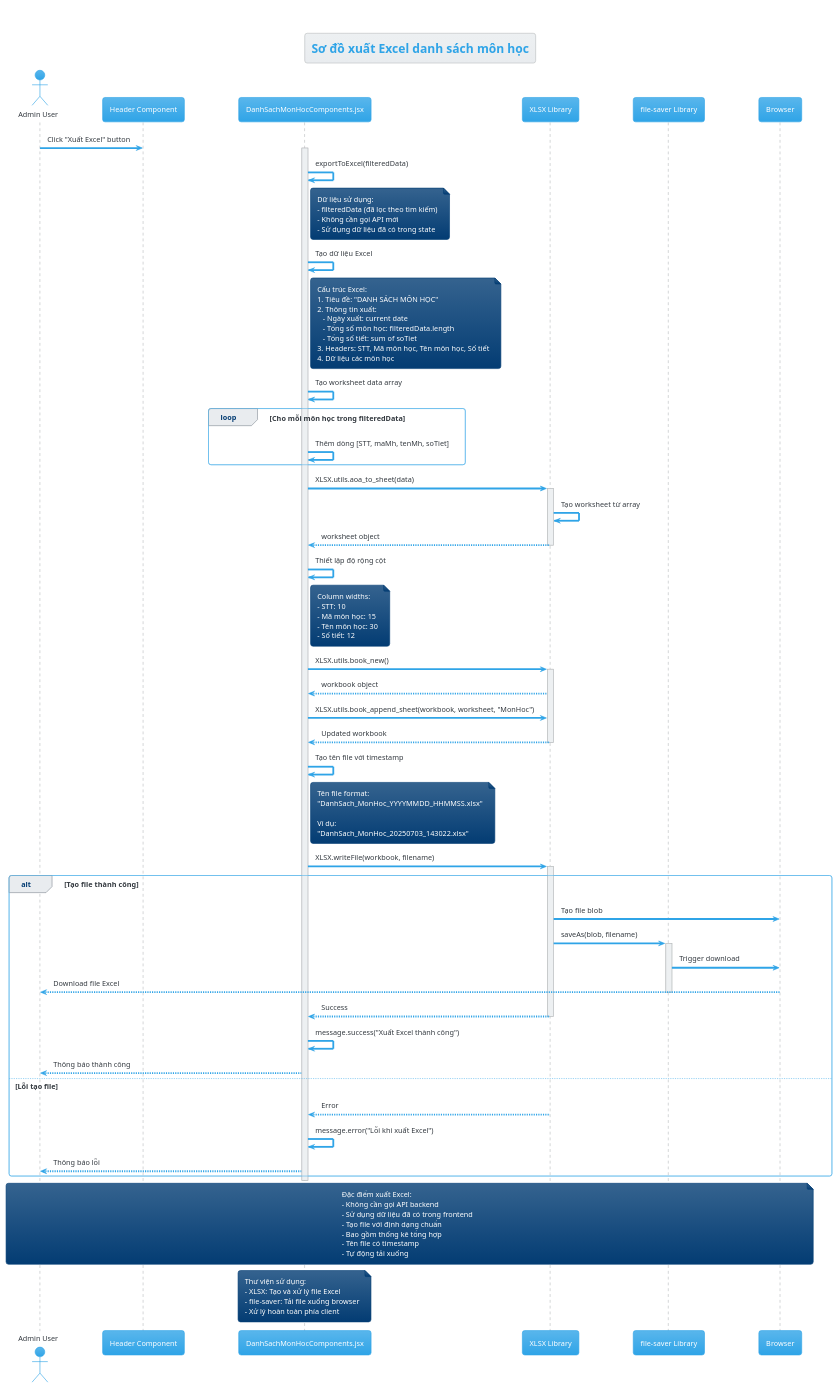
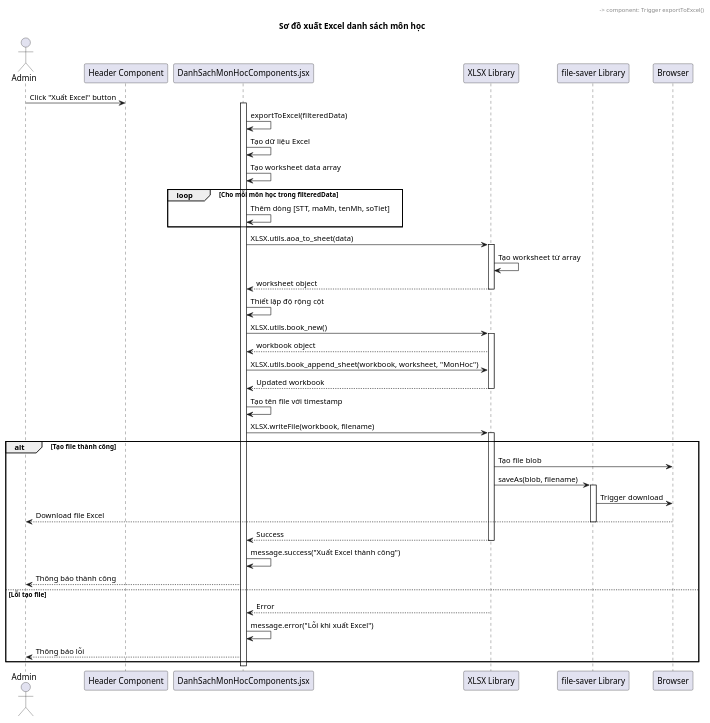
Before and after one commit to truong-backend/He-Thong-Diem-Danh-STU: the diagram in src/main/java/vn/diemdanh/hethong/UML/XuLy/QuanLyMonHoc/XuatExcel.puml, drawn with PlantUML. The commit also changed 24 other files, not shown here.

Commit message:
fix điểm danh nhiểu lần r

```diff
--- a/src/main/java/vn/diemdanh/hethong/UML/XuLy/QuanLyMonHoc/XuatExcel.puml
+++ b/src/main/java/vn/diemdanh/hethong/UML/XuLy/QuanLyMonHoc/XuatExcel.puml
@@ -1,122 +1,114 @@
 @startuml
-!theme cerulean
+'!theme cerulean
 title Sơ đồ xuất Excel danh sách môn học
 
-actor "Admin User" as admin
+actor "Admin" as admin
 participant "Header Component" as header
 participant "DanhSachMonHocComponents.jsx" as component
 participant "XLSX Library" as xlsx
 participant "file-saver Library" as fileSaver
 participant "Browser" as browser
 
 admin -> header: Click "Xuất Excel" button
 header -> component: Trigger exportToExcel()
 activate component
 
 component -> component: exportToExcel(filteredData)
 
-note right of component
-  Dữ liệu sử dụng:
-  - filteredData (đã lọc theo tìm kiếm)
-  - Không cần gọi API mới
-  - Sử dụng dữ liệu đã có trong state
-end note
+'note right of component
+'  Dữ liệu sử dụng:
+'  - filteredData (đã lọc theo tìm kiếm)
+'  - Không cần gọi API mới
+'  - Sử dụng dữ liệu đã có trong state
+'end note
 
 component -> component: Tạo dữ liệu Excel
 
-note right of component
-  Cấu trúc Excel:
-  1. Tiêu đề: "DANH SÁCH MÔN HỌC"
-  2. Thông tin xuất:
-     - Ngày xuất: current date
-     - Tổng số môn học: filteredData.length
-     - Tổng số tiết: sum of soTiet
-  3. Headers: STT, Mã môn học, Tên môn học, Số tiết
-  4. Dữ liệu các môn học
-end note
+'note right of component
+'  Cấu trúc Excel:
+'  1. Tiêu đề: "DANH SÁCH MÔN HỌC"
+'  2. Thông tin xuất:
+'     - Ngày xuất: current date
+'     - Tổng số môn học: filteredData.length
+'     - Tổng số tiết: sum of soTiet
+'  3. Headers: STT, Mã môn học, Tên môn học, Số tiết
+'  4. Dữ liệu các môn học
+'end note
 
 component -> component: Tạo worksheet data array
 
 loop Cho mỗi môn học trong filteredData
     component -> component: Thêm dòng [STT, maMh, tenMh, soTiet]
 end
 
 component -> xlsx: XLSX.utils.aoa_to_sheet(data)
 activate xlsx
 
 xlsx -> xlsx: Tạo worksheet từ array
 xlsx --> component: worksheet object
 deactivate xlsx
 
 component -> component: Thiết lập độ rộng cột
-note right of component
-  Column widths:
-  - STT: 10
-  - Mã môn học: 15
-  - Tên môn học: 30
-  - Số tiết: 12
-end note
+'note right of component
+'  Column widths:
+'  - STT: 10
+'  - Mã môn học: 15
+'  - Tên môn học: 30
+'  - Số tiết: 12
+'end note
 
 component -> xlsx: XLSX.utils.book_new()
 activate xlsx
 xlsx --> component: workbook object
 
 component -> xlsx: XLSX.utils.book_append_sheet(workbook, worksheet, "MonHoc")
 xlsx --> component: Updated workbook
 deactivate xlsx
 
 component -> component: Tạo tên file với timestamp
-note right of component
-  Tên file format:
-  "DanhSach_MonHoc_YYYYMMDD_HHMMSS.xlsx"
-
-  Ví dụ:
-  "DanhSach_MonHoc_20250703_143022.xlsx"
-end note
+'note right of component
+'  Tên file format:
+'  "DanhSach_MonHoc_YYYYMMDD_HHMMSS.xlsx"
+'
+'  Ví dụ:
+'  "DanhSach_MonHoc_20250703_143022.xlsx"
+'end note
 
 component -> xlsx: XLSX.writeFile(workbook, filename)
 activate xlsx
 
 alt Tạo file thành công
     xlsx -> browser: Tạo file blob
     xlsx -> fileSaver: saveAs(blob, filename)
     activate fileSaver
 
     fileSaver -> browser: Trigger download
     browser --> admin: Download file Excel
     deactivate fileSaver
 
     xlsx --> component: Success
     deactivate xlsx
 
     component -> component: message.success("Xuất Excel thành công")
     component --> admin: Thông báo thành công
 
 else Lỗi tạo file
     xlsx --> component: Error
     deactivate xlsx
 
     component -> component: message.error("Lỗi khi xuất Excel")
     component --> admin: Thông báo lỗi
 end
 
 deactivate component
 
-note over admin, browser
-  Đặc điểm xuất Excel:
-  - Không cần gọi API backend
-  - Sử dụng dữ liệu đã có trong frontend
-  - Tạo file với định dạng chuẩn
-  - Bao gồm thống kê tổng hợp
-  - Tên file có timestamp
-  - Tự động tải xuống
-end note
 
-note over component
-  Thư viện sử dụng:
-  - XLSX: Tạo và xử lý file Excel
-  - file-saver: Tải file xuống browser
-  - Xử lý hoàn toàn phía client
-end note
+
+'note over component
+'  Thư viện sử dụng:
+'  - XLSX: Tạo và xử lý file Excel
+'  - file-saver: Tải file xuống browser
+'  - Xử lý hoàn toàn phía client
+'end note
 
 @enduml
```
